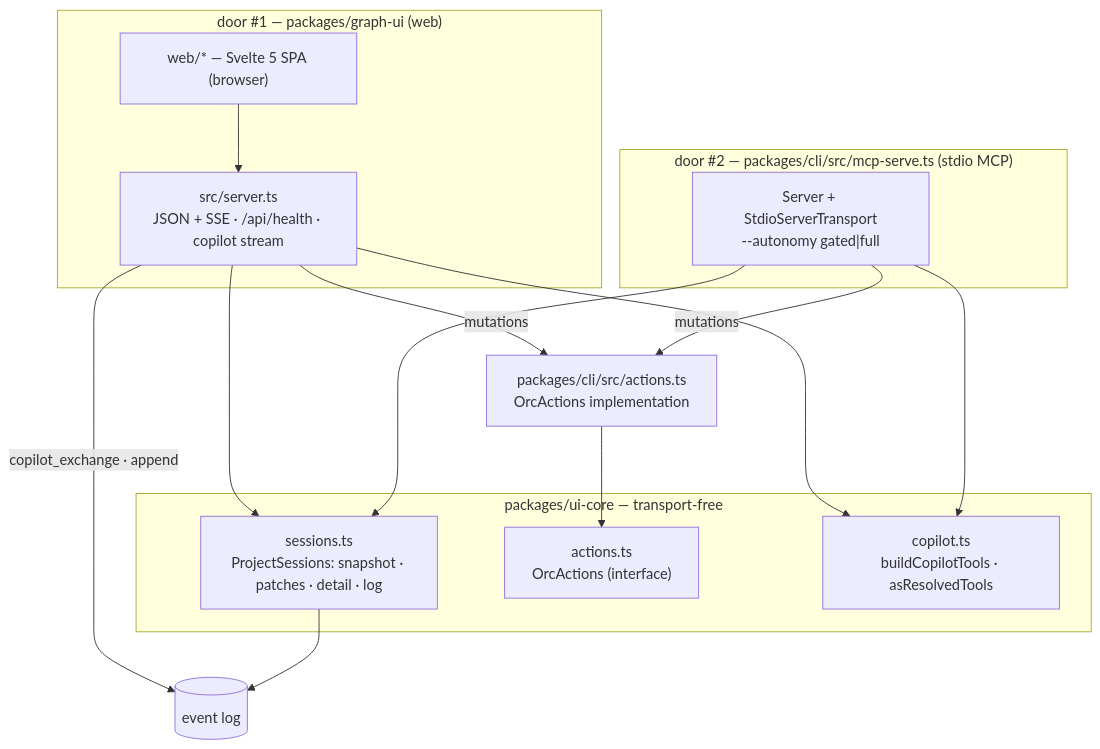
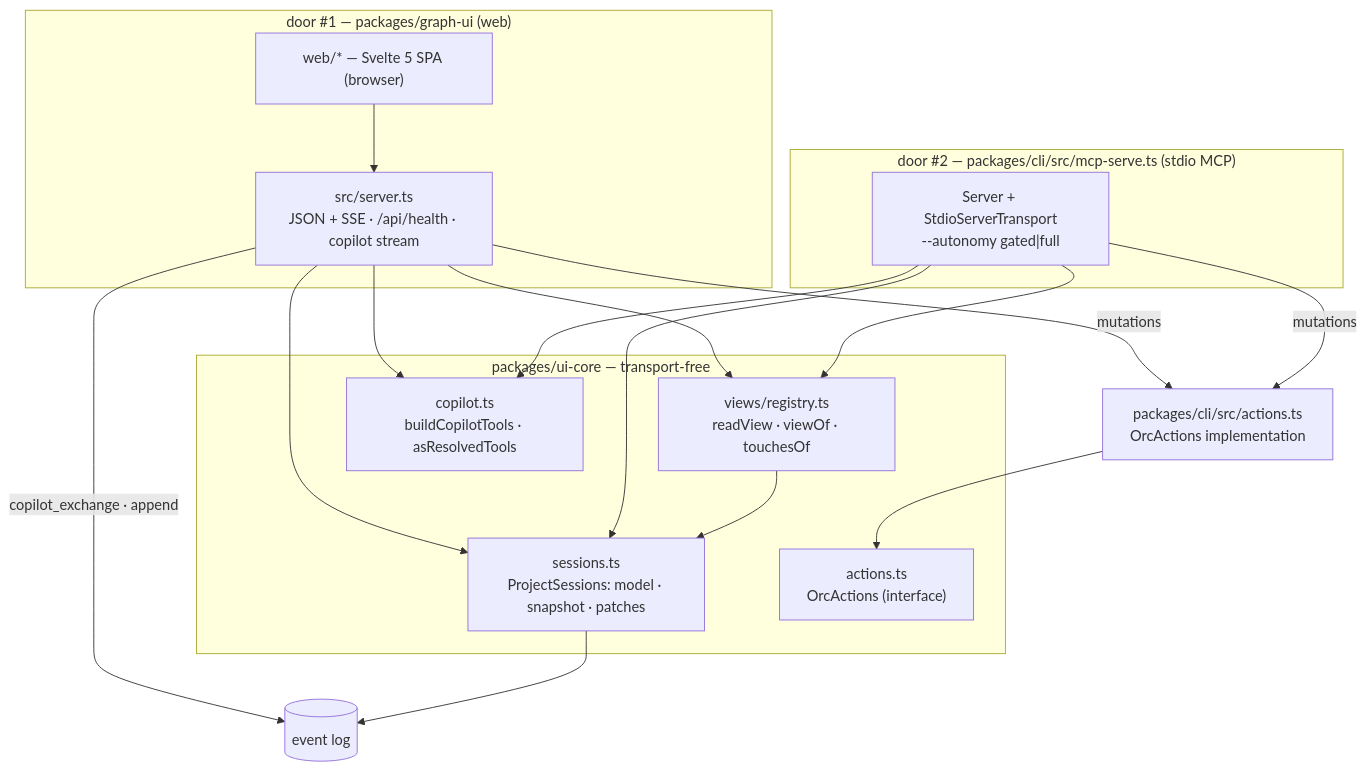
The seventh of 7 diagrams in docs/ARCHITECTURE.md (fetttttjoe/ORC), drawn with Mermaid before and after one commit. The commit also changed other lines of this file and 100 other files, not shown here.

Commit message:
feat(console): every read is a registered view answered with its seq

````diff
--- a/docs/ARCHITECTURE.md
+++ b/docs/ARCHITECTURE.md
@@ -732,27 +735,31 @@
 ```mermaid
 graph TD
   subgraph CORE ["packages/ui-core — transport-free"]
-    SESS["sessions.ts<br/>ProjectSessions: snapshot · patches · detail · log"]
+    SESS["sessions.ts<br/>ProjectSessions: model · snapshot · patches"]
+    REG["views/registry.ts<br/>readView · viewOf · touchesOf"]
     ACT["actions.ts<br/>OrcActions (interface)"]
     CTOOLS["copilot.ts<br/>buildCopilotTools · asResolvedTools"]
   end
   subgraph WEB ["door #1 — packages/graph-ui (web)"]
     SRV["src/server.ts<br/>JSON + SSE · /api/health · copilot stream"]
     PAGE["web/* — Svelte 5 SPA (browser)"]
   end
   subgraph MCPD ["door #2 — packages/cli/src/mcp-serve.ts (stdio MCP)"]
     MSRV["Server + StdioServerTransport<br/>--autonomy gated|full"]
   end
   CLIA["packages/cli/src/actions.ts<br/>OrcActions implementation"]
 
   PAGE --> SRV
   SRV --> SESS
+  SRV --> REG
   SRV --> CTOOLS
   SRV -->|mutations| CLIA
   MSRV --> SESS
+  MSRV --> REG
   MSRV --> CTOOLS
   MSRV -->|mutations| CLIA
+  REG --> SESS
   CLIA --> ACT
   SRV -->|copilot_exchange · append| EVL[("event log")]
   SESS --> EVL
 ```
````
